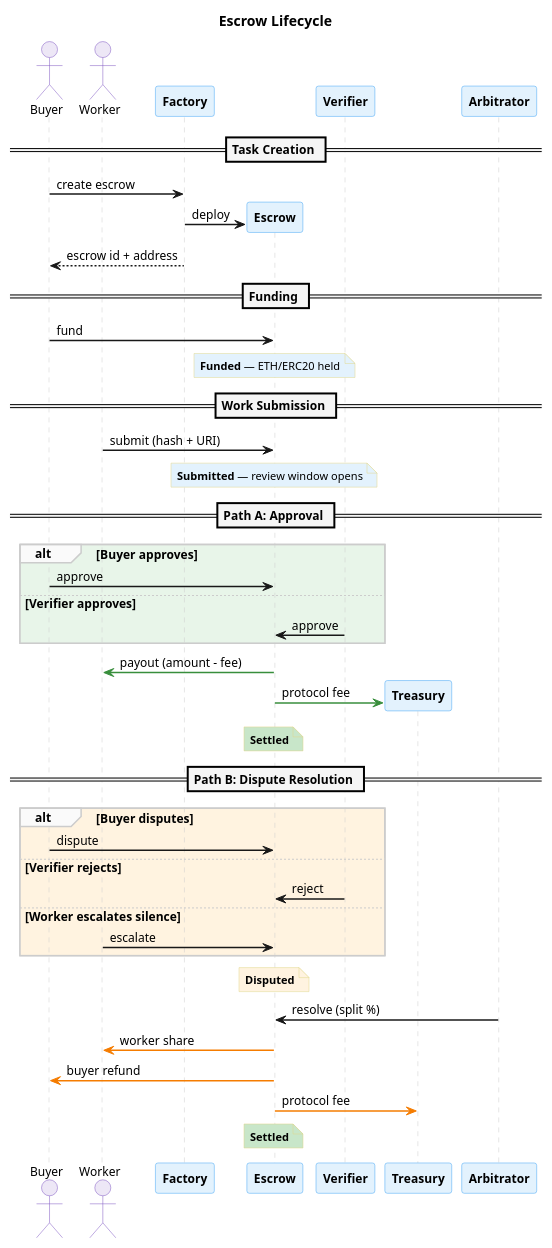
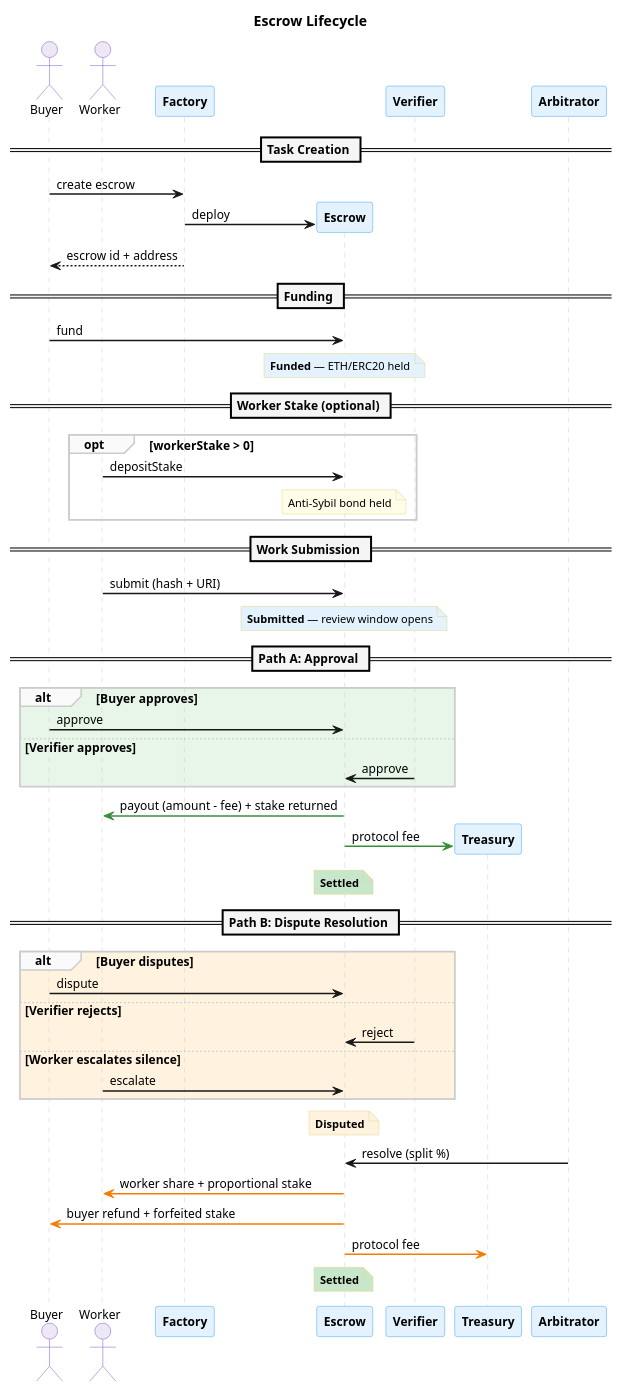
The diagram in docs/diagrams/lifecycle-sequence.puml (eddiefleurent/agent-escrow), drawn with PlantUML before and after one commit. The commit also changed 33 other files, not shown here.

First line of the commit message:
feat: Activate worker stake as anti-Sybil bond (paper §4.8) (#3)

```diff
--- a/docs/diagrams/lifecycle-sequence.puml
+++ b/docs/diagrams/lifecycle-sequence.puml
@@ -1,83 +1,90 @@
 @startuml lifecycle-sequence
 skinparam backgroundColor #FFFFFF
 skinparam defaultFontName "Helvetica"
 skinparam defaultFontSize 12
 skinparam shadowing false
 skinparam sequenceArrowThickness 1.5
 skinparam sequenceLifeLineBorderColor #CCCCCC
 skinparam sequenceDividerBackgroundColor #F5F5F5
 skinparam sequenceDividerFontStyle bold
 skinparam sequenceGroupBackgroundColor #FAFAFA
 skinparam sequenceGroupBorderColor #CCCCCC
 
 skinparam participant {
   BorderColor #42A5F5
   BackgroundColor #E3F2FD
   FontStyle bold
 }
 
 skinparam actor {
   BorderColor #7E57C2
   BackgroundColor #EDE7F6
 }
 
 skinparam note {
   BackgroundColor #FFFDE7
   BorderColor #E0D68A
   FontSize 11
 }
 
 title Escrow Lifecycle
 
 actor "Buyer" as buyer
 actor "Worker" as worker
 participant "Factory" as factory
 
 == Task Creation ==
 
 buyer -> factory : create escrow
 factory -> "Escrow" as escrow ** : deploy
 factory --> buyer : escrow id + address
 
 == Funding ==
 
 buyer -> escrow : fund
 note over escrow #E3F2FD : **Funded** — ETH/ERC20 held
 
+== Worker Stake (optional) ==
+
+opt workerStake > 0
+  worker -> escrow : depositStake
+  note over escrow #FFFDE7 : Anti-Sybil bond held
+end
+
 == Work Submission ==
 
 worker -> escrow : submit (hash + URI)
 note over escrow #E3F2FD : **Submitted** — review window opens
 
 == Path A: Approval ==
 
 alt #E8F5E9 Buyer approves
   buyer -> escrow : approve
 else #E8F5E9 Verifier approves
   "Verifier" as verifier -> escrow : approve
 end
 
-escrow -[#388E3C]> worker : payout (amount - fee)
+escrow -[#388E3C]> worker : payout (amount - fee) + stake returned
 escrow -[#388E3C]> "Treasury" as treasury ** #E8F5E9 : protocol fee
 note over escrow #C8E6C9 : **Settled**
 
 == Path B: Dispute Resolution ==
 
 alt #FFF3E0 Buyer disputes
   buyer -> escrow : dispute
 else #FFF3E0 Verifier rejects
   verifier -> escrow : reject
 else #FFF3E0 Worker escalates silence
   worker -> escrow : escalate
 end
 
 note over escrow #FFF3E0 : **Disputed**
 
 "Arbitrator" as arbitrator -> escrow : resolve (split %)
 
-escrow -[#F57C00]> worker : worker share
-escrow -[#F57C00]> buyer : buyer refund
+escrow -[#F57C00]> worker : worker share + proportional stake
+escrow -[#F57C00]> buyer : buyer refund + forfeited stake
 escrow -[#F57C00]> treasury : protocol fee
 note over escrow #C8E6C9 : **Settled**
 
 @enduml
```
